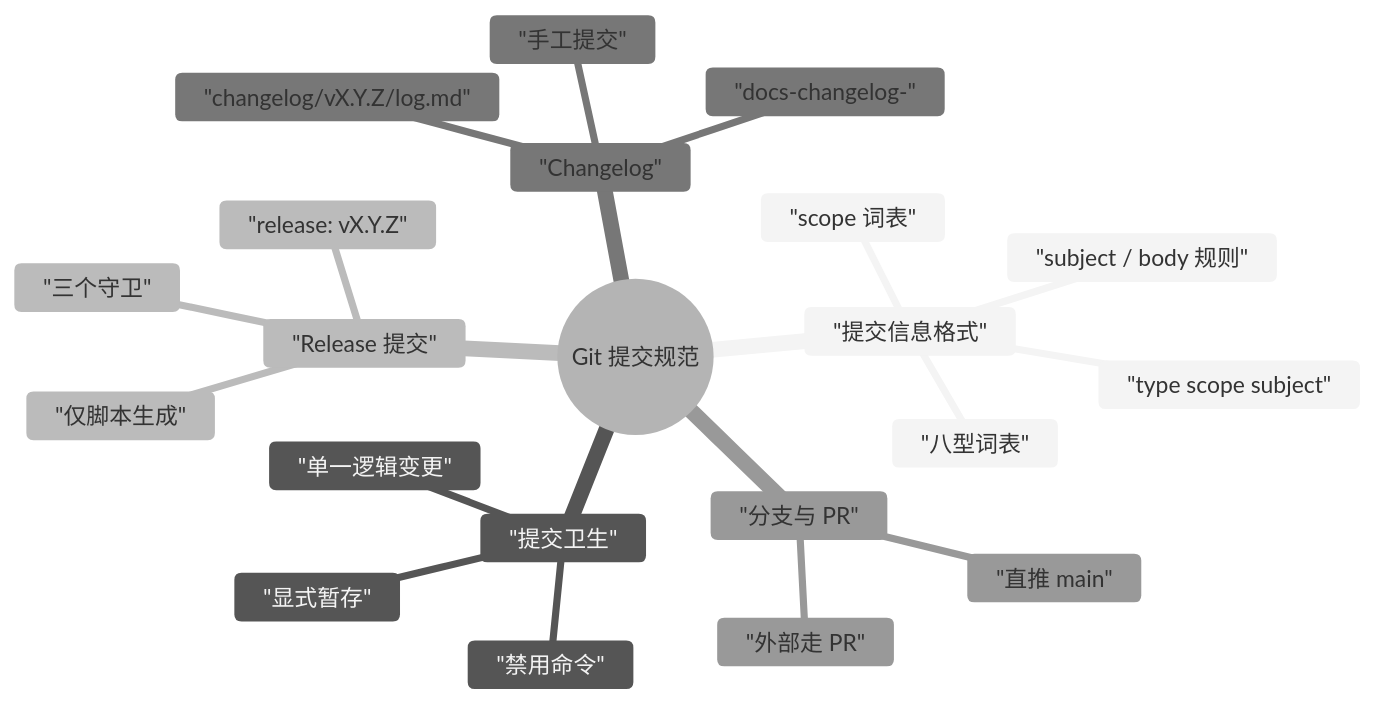
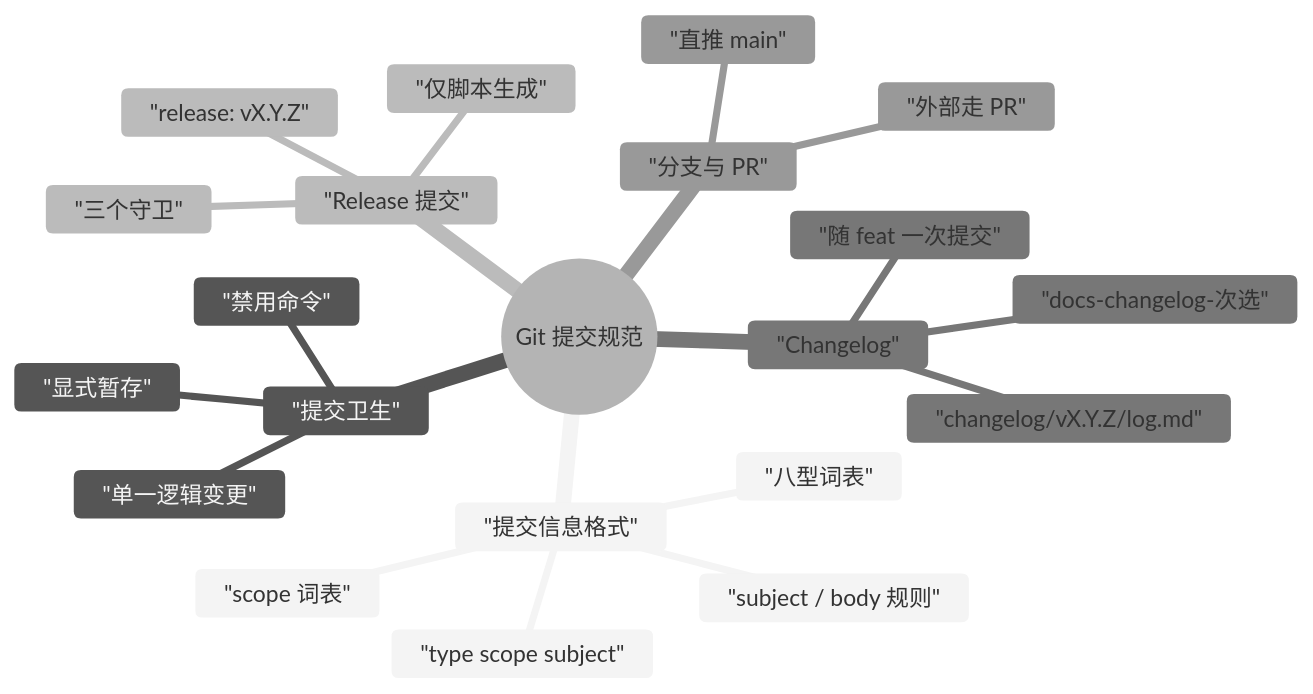
Before and after one commit to yceachan/ea-pi-extensions: the diagram in docs/git提交规范.md, drawn with Mermaid (neutral theme). The commit also changed other lines of this file and 3 other files, not shown here.

````diff
--- a/docs/git提交规范.md
+++ b/docs/git提交规范.md
@@ -13,24 +13,24 @@
 ```mermaid
 mindmap
   root((Git 提交规范))
     "提交信息格式"
       "type scope subject"
       "八型词表"
       "scope 词表"
       "subject / body 规则"
     "提交卫生"
       "单一逻辑变更"
       "显式暂存"
       "禁用命令"
     "Release 提交"
       "仅脚本生成"
       "release: vX.Y.Z"
       "三个守卫"
     "Changelog"
       "changelog/vX.Y.Z/log.md"
-      "手工提交"
-      "docs-changelog-"
+      "随 feat 一次提交"
+      "docs-changelog-次选"
     "分支与 PR"
       "直推 main"
       "外部走 PR"
 ```
````
